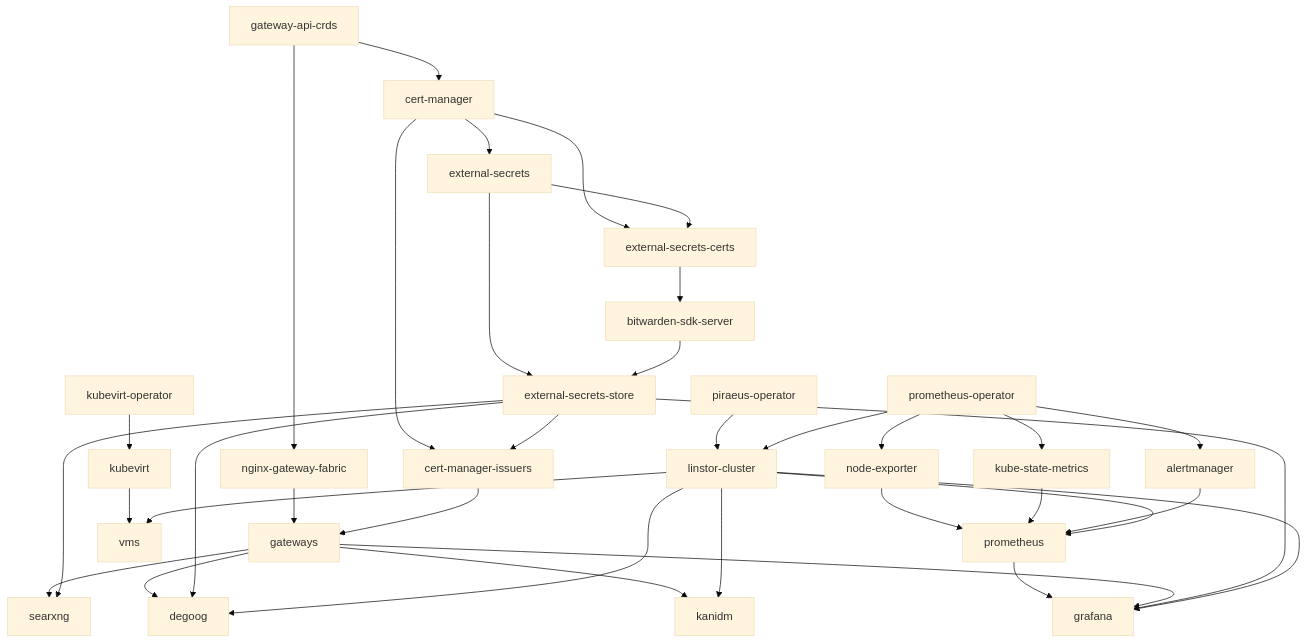
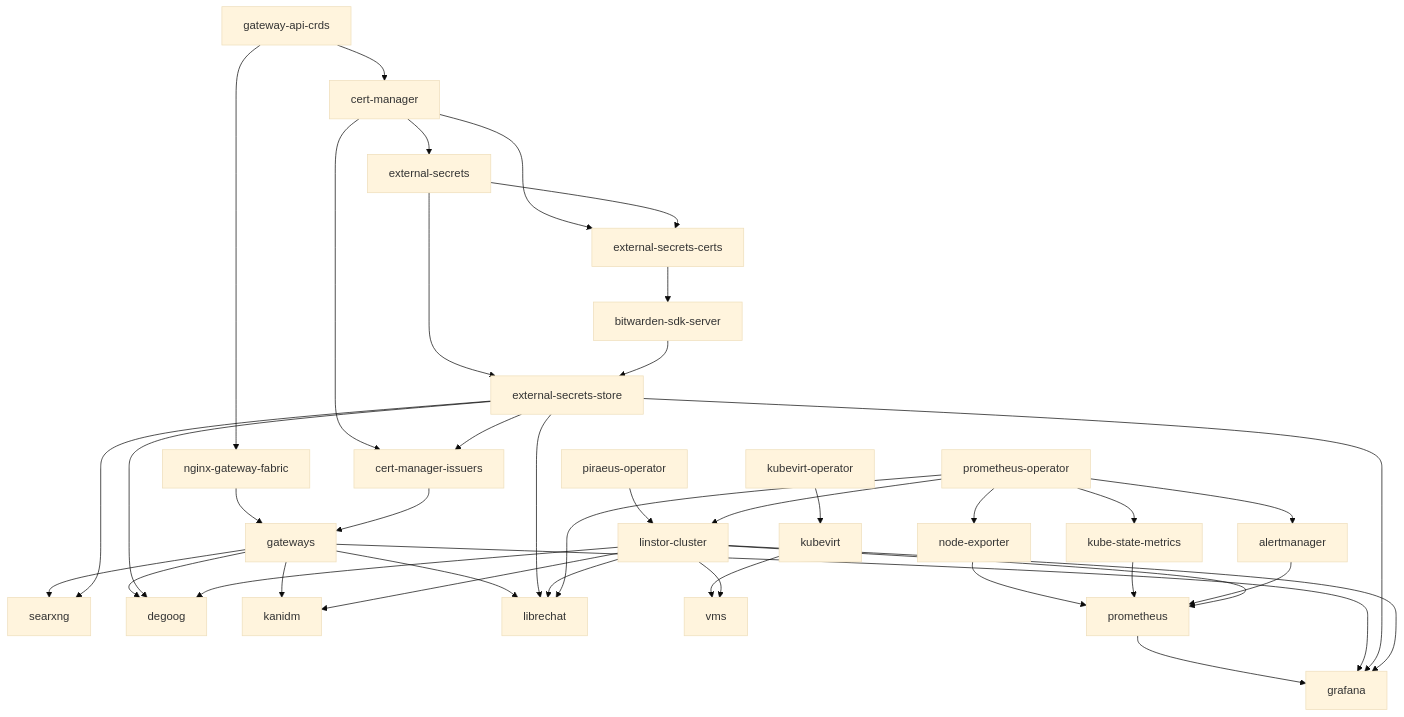
The diagram in README.md (martinxtinto/k8s-flux), drawn with Mermaid (base theme) before and after one commit. The commit also changed other lines of this file and 9 other files, not shown here.

````diff
--- a/README.md
+++ b/README.md
@@ -30,38 +30,42 @@
 ```mermaid
 flowchart TD
   gateway-api-crds --> cert-manager
   gateway-api-crds --> nginx-gateway-fabric
   cert-manager --> external-secrets
   cert-manager --> external-secrets-certs
   external-secrets --> external-secrets-certs
   external-secrets --> external-secrets-store
   external-secrets-certs --> bitwarden-sdk-server
   bitwarden-sdk-server --> external-secrets-store
   cert-manager --> cert-manager-issuers
   external-secrets-store --> cert-manager-issuers
   nginx-gateway-fabric --> gateways
   cert-manager-issuers --> gateways
   piraeus-operator --> linstor-cluster
   prometheus-operator --> linstor-cluster
   kubevirt-operator --> kubevirt
   gateways --> searxng
   external-secrets-store --> searxng
   gateways --> degoog
   external-secrets-store --> degoog
   linstor-cluster --> degoog
   gateways --> kanidm
   linstor-cluster --> kanidm
+  gateways --> librechat
+  external-secrets-store --> librechat
+  linstor-cluster --> librechat
+  prometheus-operator --> librechat
   kubevirt --> vms
   linstor-cluster --> vms
   prometheus-operator --> node-exporter
   prometheus-operator --> kube-state-metrics
   prometheus-operator --> alertmanager
   node-exporter --> prometheus
   kube-state-metrics --> prometheus
   alertmanager --> prometheus
   linstor-cluster --> prometheus
   prometheus --> grafana
   gateways --> grafana
   external-secrets-store --> grafana
   linstor-cluster --> grafana
 ```
````
